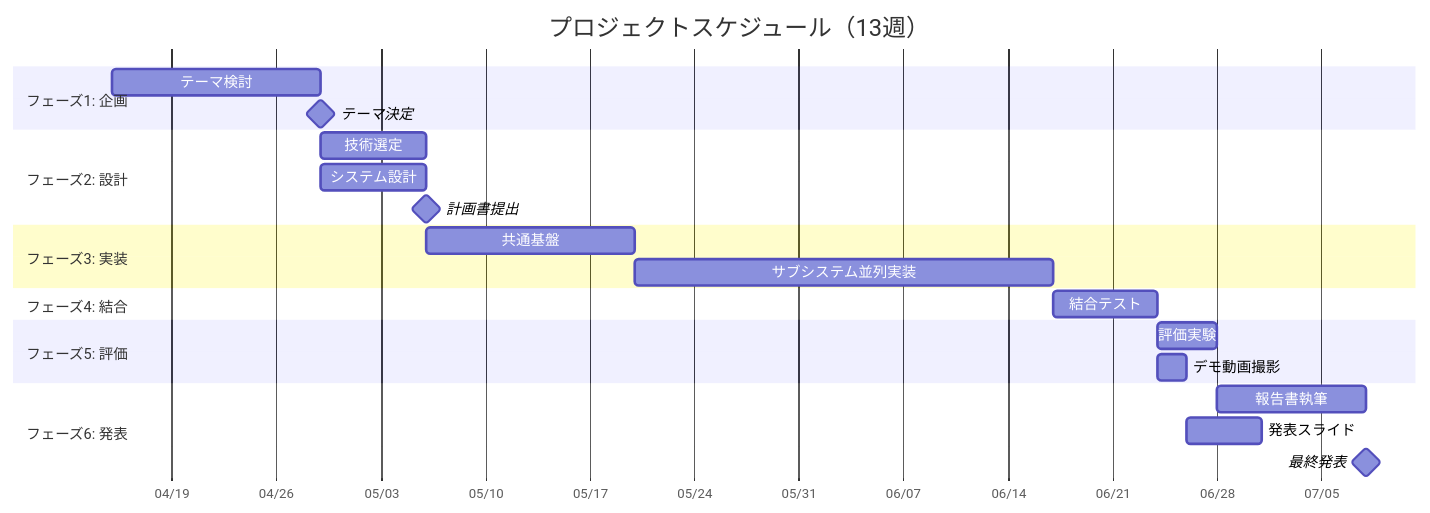
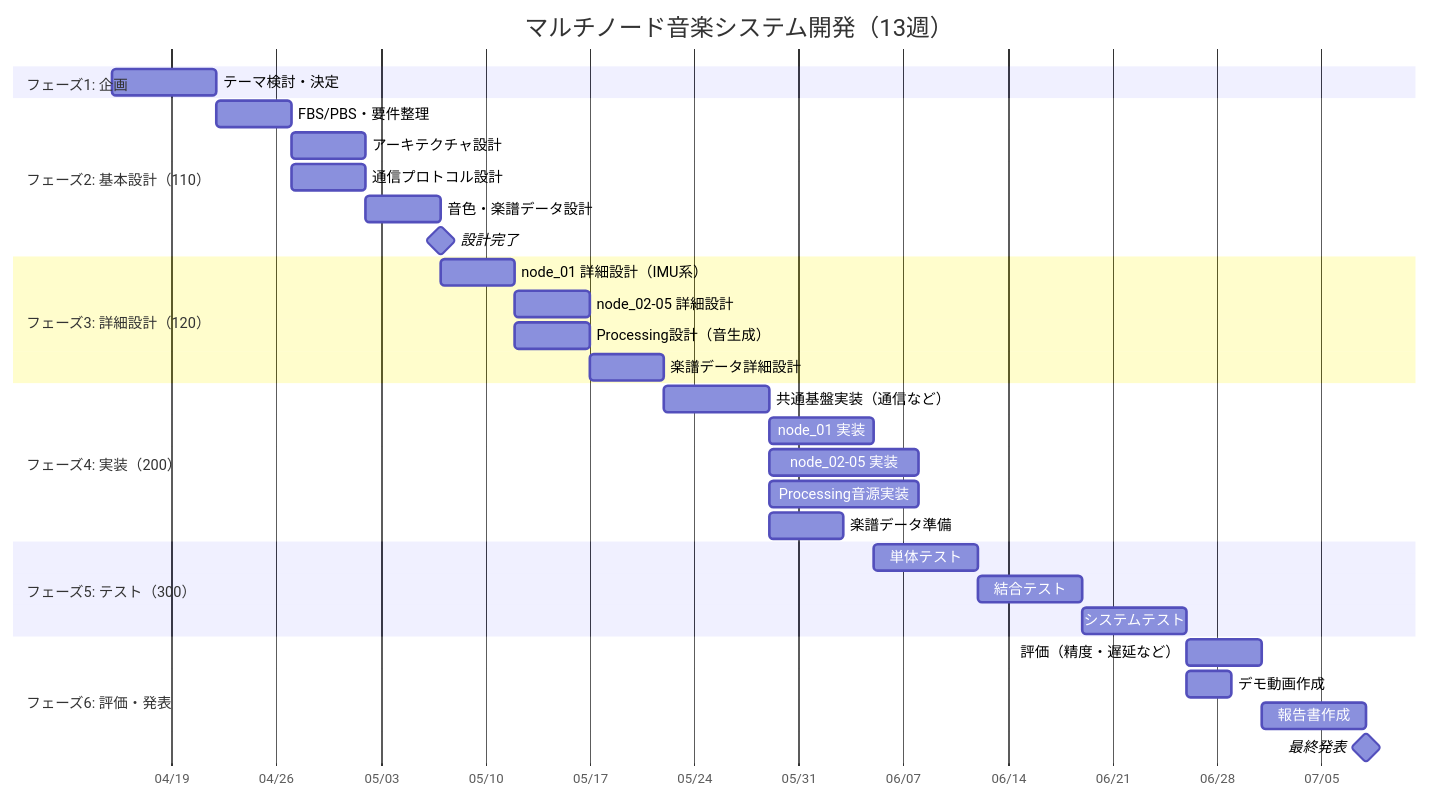
The diagram in meetings/gant.md (takushio2525/2026-hackathon-team23), drawn with Mermaid before and after one commit. The commit also changed other lines of this file and 1 other file, not shown here.

Commit message:
Implement code changes to enhance functionality and improve performance

````diff
--- a/meetings/gant.md
+++ b/meetings/gant.md
@@ -5,31 +5,40 @@
 ```mermaid
 gantt
-    title プロジェクトスケジュール（13週）
+    title マルチノード音楽システム開発（13週）
     dateFormat  YYYY-MM-DD
     axisFormat  %m/%d
 
     section フェーズ1: 企画
-    テーマ検討          :a1, 2026-04-15, 14d
-    テーマ決定          :milestone, after a1, 0d
+    テーマ検討・決定           :a1, 2026-04-15, 7d
 
-    section フェーズ2: 設計
-    技術選定            :a2, after a1, 7d
-    システム設計        :a3, after a1, 7d
-    計画書提出          :milestone, after a3, 0d
+    section フェーズ2: 基本設計（110）
+    FBS/PBS・要件整理         :a2, after a1, 5d
+    アーキテクチャ設計        :a3, after a2, 5d
+    通信プロトコル設計        :a4, after a2, 5d
+    音色・楽譜データ設計      :a5, after a3, 5d
+    設計完了                  :milestone, after a5, 0d
 
-    section フェーズ3: 実装
-    共通基盤            :b1, after a3, 14d
-    サブシステム並列実装 :b2, after b1, 28d
+    section フェーズ3: 詳細設計（120）
+    node_01 詳細設計（IMU系） :b1, after a5, 5d
+    node_02-05 詳細設計       :b2, after b1, 5d
+    Processing設計（音生成）  :b3, after b1, 5d
+    楽譜データ詳細設計        :b4, after b2, 5d
 
-    section フェーズ4: 結合
-    結合テスト           :c1, after b2, 7d
+    section フェーズ4: 実装（200）
+    共通基盤実装（通信など）  :c1, after b4, 7d
+    node_01 実装              :c2, after c1, 7d
+    node_02-05 実装           :c3, after c1, 10d
+    Processing音源実装        :c4, after c1, 10d
+    楽譜データ準備            :c5, after c1, 5d
 
-    section フェーズ5: 評価
-    評価実験             :d1, after c1, 4d
-    デモ動画撮影         :d2, after c1, 2d
+    section フェーズ5: テスト（300）
+    単体テスト                :d1, after c2, 7d
+    結合テスト                :d2, after d1, 7d
+    システムテスト            :d3, after d2, 7d
 
-    section フェーズ6: 発表
-    報告書執筆           :e1, after d1, 10d
-    発表スライド         :e2, after d2, 5d
-    最終発表             :milestone, after e1, 0d
+    section フェーズ6: 評価・発表
+    評価（精度・遅延など）    :e1, after d3, 5d
+    デモ動画作成              :e2, after d3, 3d
+    報告書作成                :e3, after e1, 7d
+    最終発表                  :milestone, after e3, 0d
 ```
````
